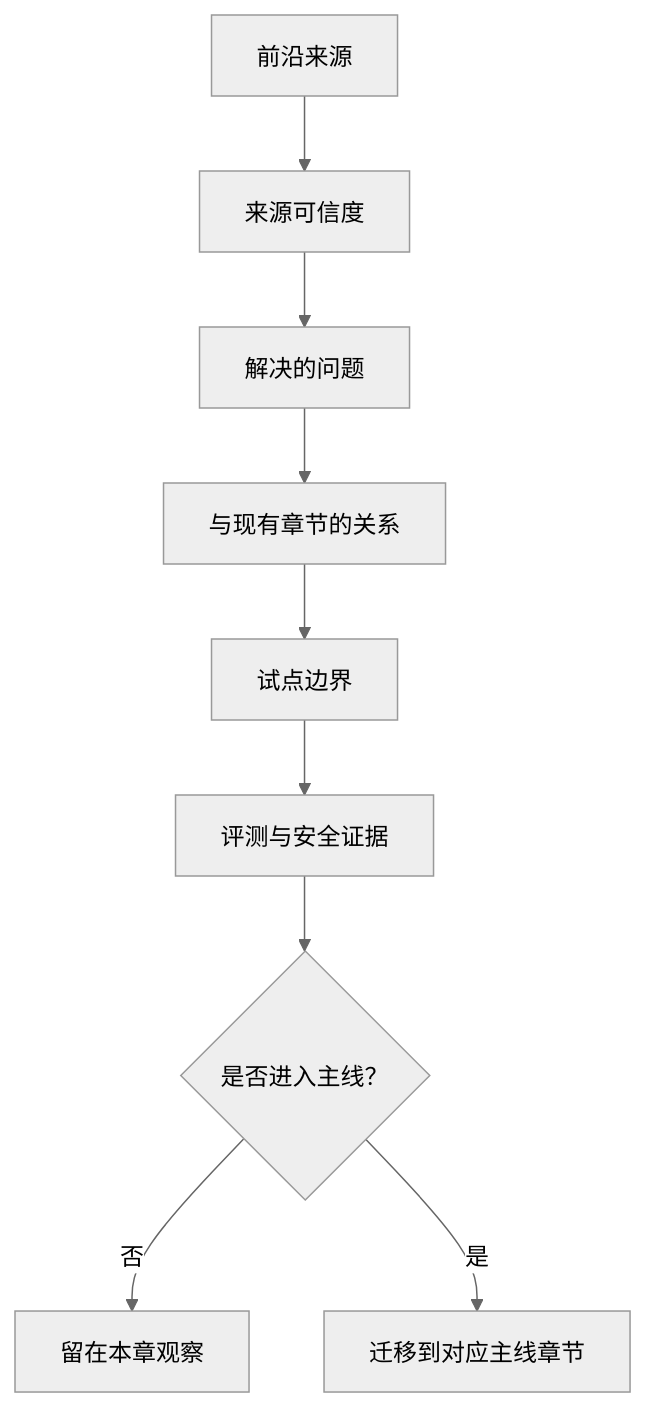
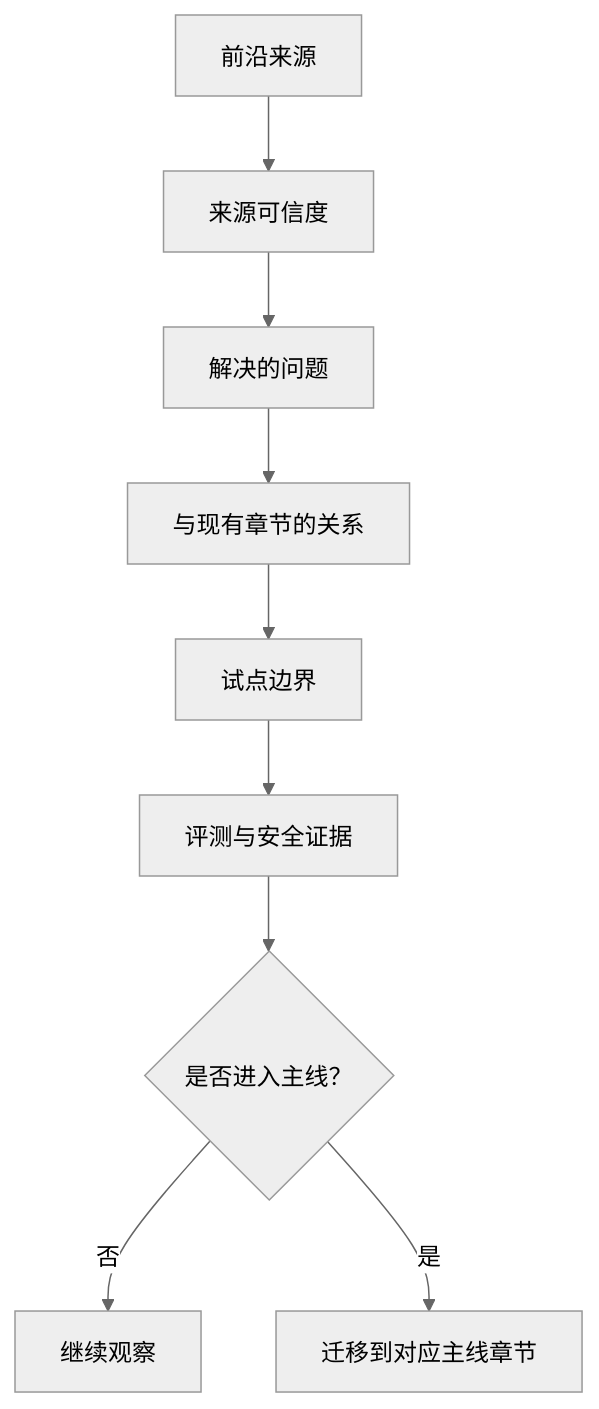
The fifth of 5 diagrams in docs/25-agent-frontier.md (FoLaJJ/agent-systems-notes), drawn with Mermaid (neutral theme) before and after one commit. The commit also changed other lines of this file and 44 other files, not shown here.

Commit message:
Polish Chinese docs and diagrams

````diff
--- a/docs/25-agent-frontier.md
+++ b/docs/25-agent-frontier.md
@@ -140,11 +140,11 @@
 ```mermaid
 flowchart TD
     S["前沿来源"] --> A["来源可信度"]
     A --> B["解决的问题"]
     B --> C["与现有章节的关系"]
     C --> D["试点边界"]
     D --> E["评测与安全证据"]
     E --> F{"是否进入主线？"}
-    F -->|否| W["留在本章观察"]
+    F -->|否| W["继续观察"]
     F -->|是| M["迁移到对应主线章节"]
 ```
````
